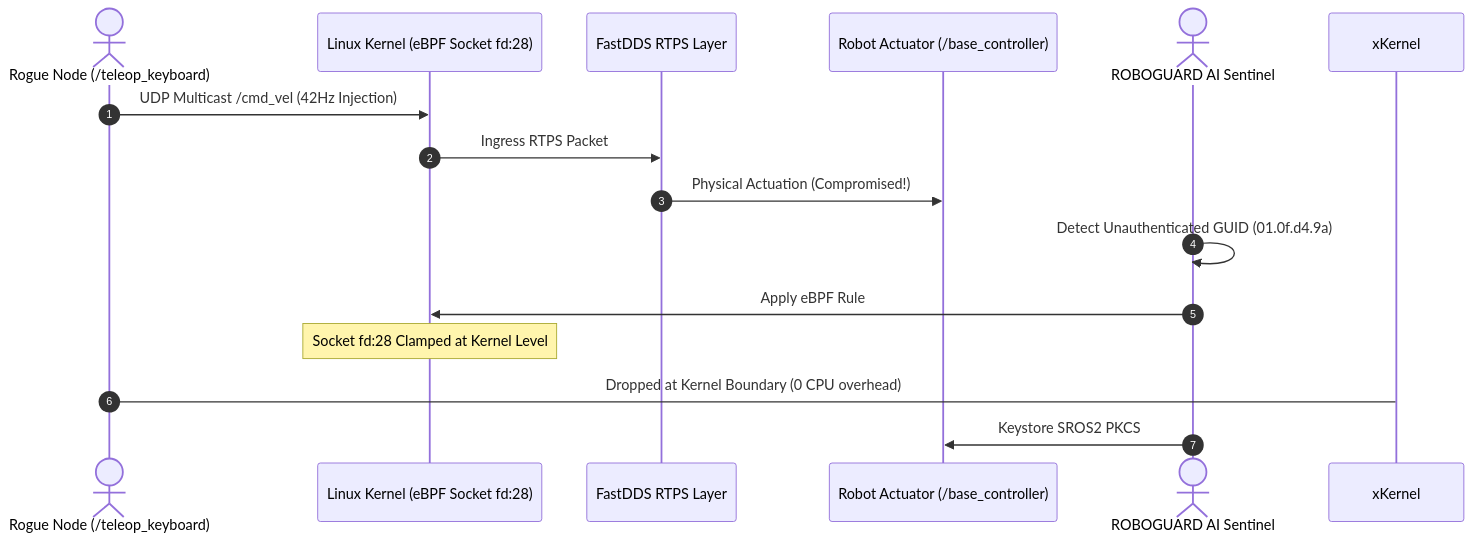
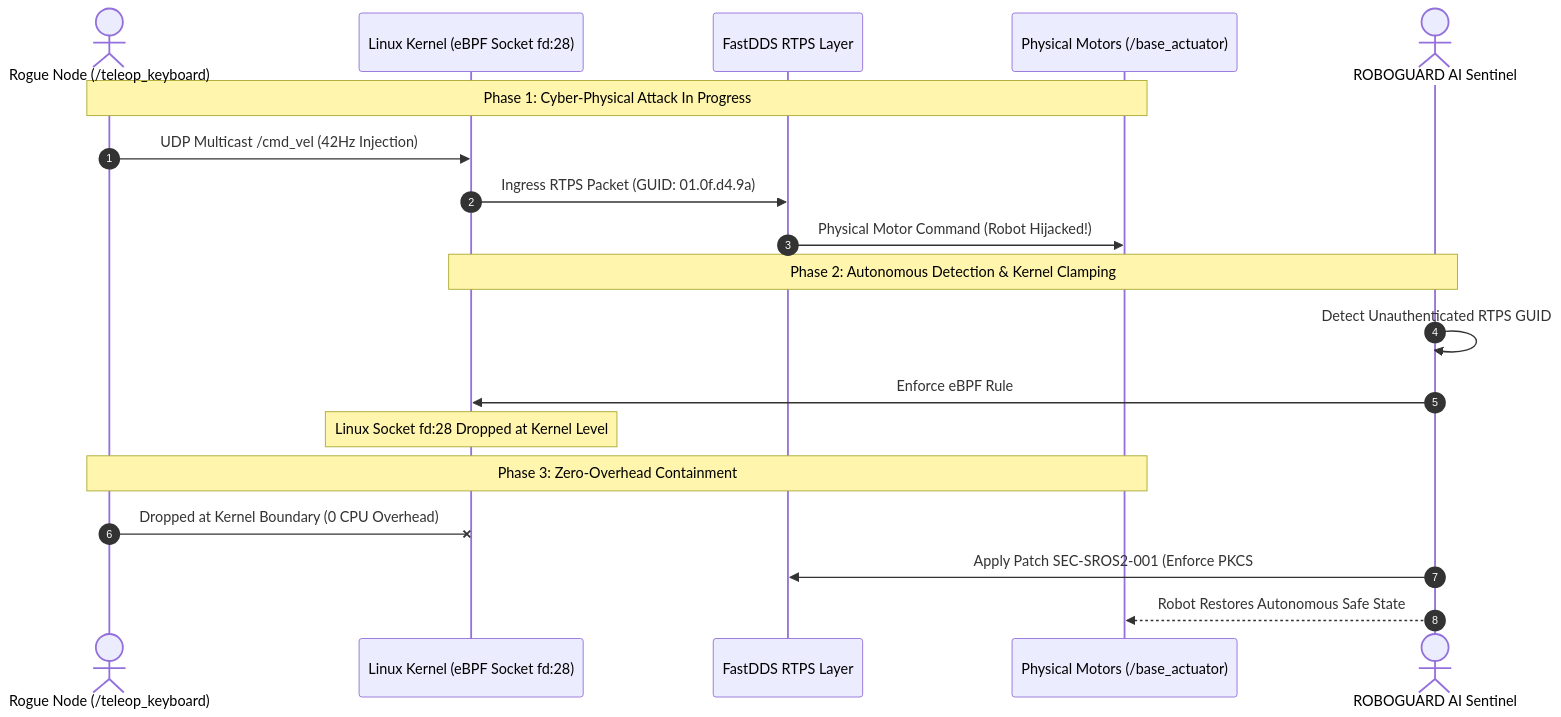
The fourth of 7 diagrams in README.md (Neo-0013/BharathCode), drawn with Mermaid before and after one commit. The commit also changed other lines of this file, not shown here.

Commit message:
docs: enrich README with conceptual diagrams, architecture flow, and deep-dive technical explanations

````diff
--- a/README.md
+++ b/README.md
@@ -169,18 +207,24 @@
 ```mermaid
 sequenceDiagram
     autonumber
     actor Attacker as Rogue Node (/teleop_keyboard)
     participant Kernel as Linux Kernel (eBPF Socket fd:28)
     participant DDS as FastDDS RTPS Layer
-    participant ROS as Robot Actuator (/base_controller)
-    actor SOC as ROBOGUARD AI Sentinel
+    participant Actuator as Physical Motors (/base_actuator)
+    actor Sentinel as ROBOGUARD AI Sentinel
 
+    Note over Attacker,Actuator: Phase 1: Cyber-Physical Attack In Progress
     Attacker->>Kernel: UDP Multicast /cmd_vel (42Hz Injection)
-    Kernel->>DDS: Ingress RTPS Packet
-    DDS->>ROS: Physical Actuation (Compromised!)
-    SOC->>SOC: Detect Unauthenticated GUID (01.0f.d4.9a)
-    SOC->>Kernel: Apply eBPF Rule #4092
-    Note over Kernel: Socket fd:28 Clamped at Kernel Level
-    Attacker->xKernel: Dropped at Kernel Boundary (0 CPU overhead)
-    SOC->>ROS: Keystore SROS2 PKCS#11 Enclave Enforced
+    Kernel->>DDS: Ingress RTPS Packet (GUID: 01.0f.d4.9a)
+    DDS->>Actuator: Physical Motor Command (Robot Hijacked!)
+
+    Note over Sentinel,Kernel: Phase 2: Autonomous Detection & Kernel Clamping
+    Sentinel->>Sentinel: Detect Unauthenticated RTPS GUID
+    Sentinel->>Kernel: Enforce eBPF Rule #4092 (Target fd:28)
+    Note over Kernel: Linux Socket fd:28 Dropped at Kernel Level
+
+    Note over Attacker,Actuator: Phase 3: Zero-Overhead Containment
+    Attacker-xKernel: Dropped at Kernel Boundary (0 CPU Overhead)
+    Sentinel->>DDS: Apply Patch SEC-SROS2-001 (Enforce PKCS#11 Keystore)
+    Sentinel-->>Actuator: Robot Restores Autonomous Safe State
 ```
````
